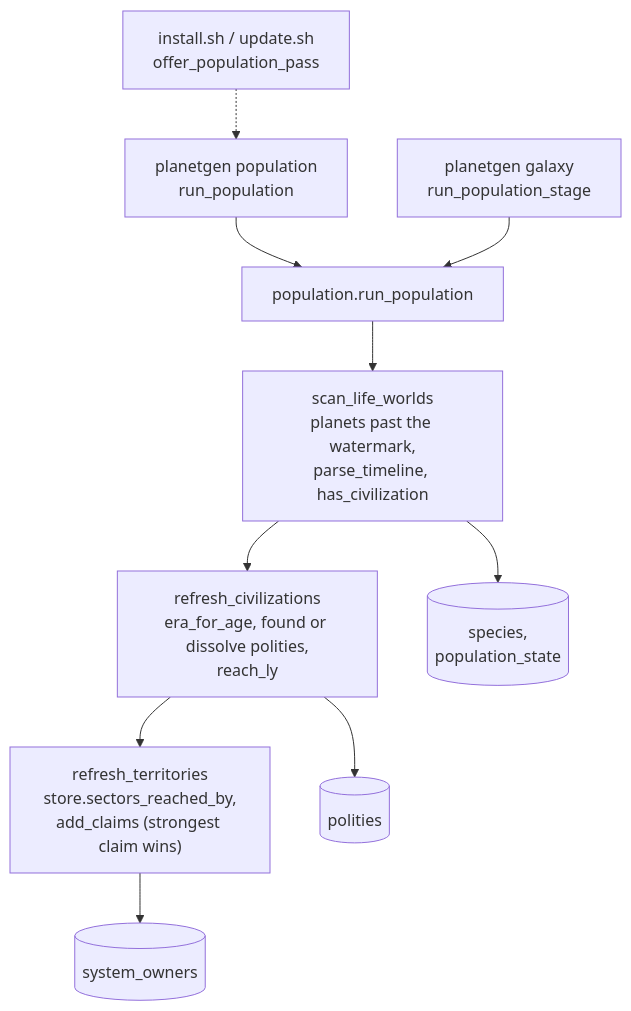
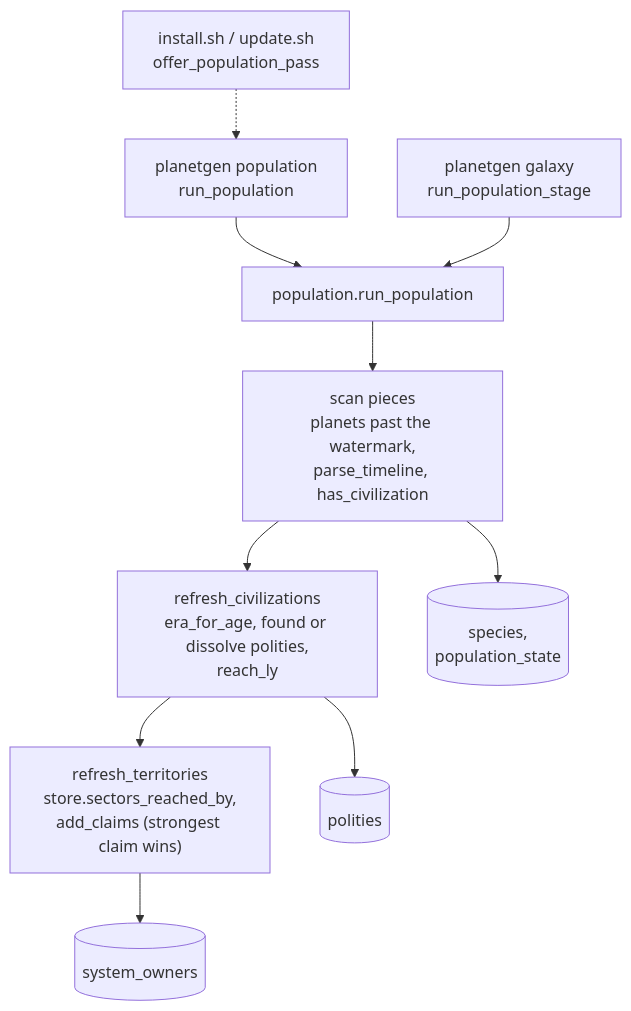
Before and after one commit to dwhagar/planetGen: the third of 8 diagrams in docs/design/architecture/architecture.md, drawn with Mermaid. The commit also changed other lines of this file and 10 other files, not shown here.

````diff
--- a/docs/design/architecture/architecture.md
+++ b/docs/design/architecture/architecture.md
@@ -793,12 +793,12 @@
 ```mermaid
 flowchart TD
     PopCLI["planetgen population<br/>run_population"] --> Pass["population.run_population"]
     After["planetgen galaxy<br/>run_population_stage"] --> Pass
     Inst["install.sh / update.sh<br/>offer_population_pass"] -.-> PopCLI
-    Pass --> Scan["scan_life_worlds<br/>planets past the watermark,<br/>parse_timeline, has_civilization"]
+    Pass --> Scan["scan pieces<br/>planets past the watermark,<br/>parse_timeline, has_civilization"]
     Scan --> Civ["refresh_civilizations<br/>era_for_age, found or dissolve polities,<br/>reach_ly"]
     Civ --> Terr["refresh_territories<br/>store.sectors_reached_by,<br/>add_claims (strongest claim wins)"]
     Scan --> PT[("species,<br/>population_state")]
     Civ --> Pol[("polities")]
     Terr --> SO[("system_owners")]
 ```
````
